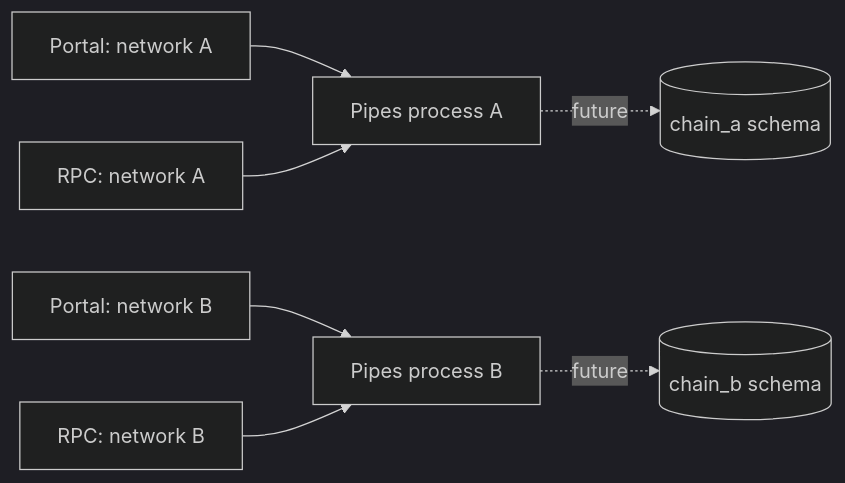
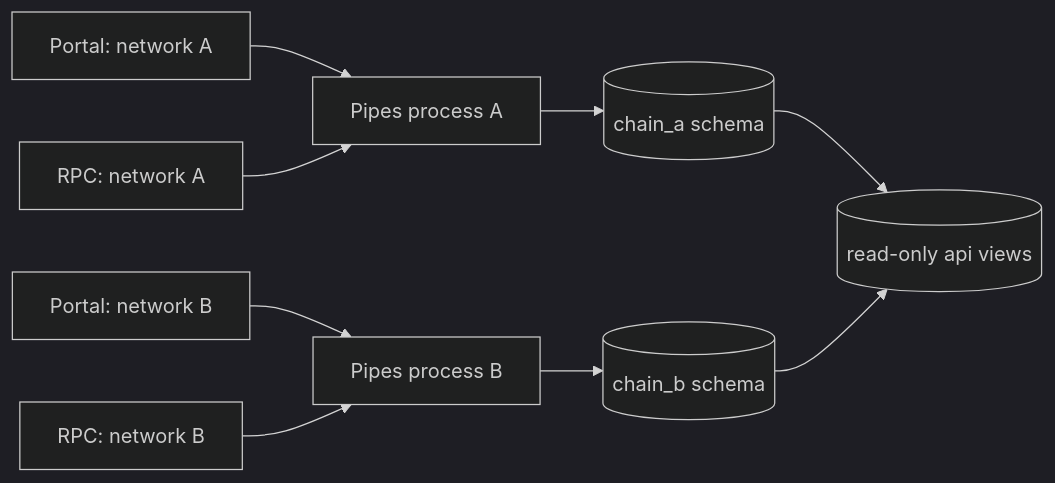
One commit to chillwhales/lsp-indexer changed the first of 2 diagrams in apps/docs/public/llm/indexer.md. Above: the diagram before and after it, drawn with Mermaid (dark theme). The commit also changed other lines of this file and 39 other files, not shown here.

````diff
--- a/apps/docs/public/llm/indexer.md
+++ b/apps/docs/public/llm/indexer.md
@@ -32,9 +35,11 @@
 ```mermaid
 flowchart LR
   PortalA[Portal: network A] --> PipeA[Pipes process A]
   PortalB[Portal: network B] --> PipeB[Pipes process B]
   RpcA[RPC: network A] --> PipeA
   RpcB[RPC: network B] --> PipeB
-  PipeA -. future .-> SchemaA[(chain_a schema)]
-  PipeB -. future .-> SchemaB[(chain_b schema)]
+  PipeA --> SchemaA[(chain_a schema)]
+  PipeB --> SchemaB[(chain_b schema)]
+  SchemaA --> API[(read-only api views)]
+  SchemaB --> API
 ```
````
